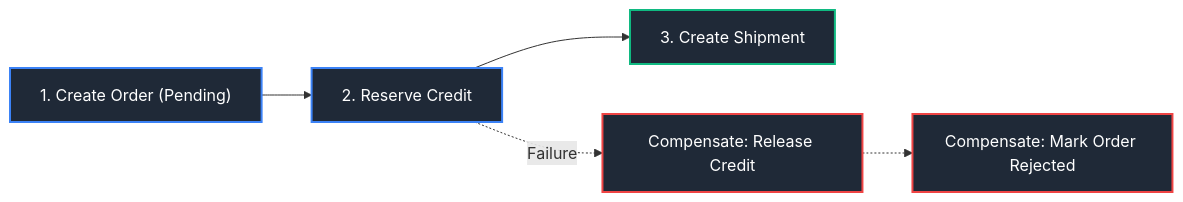
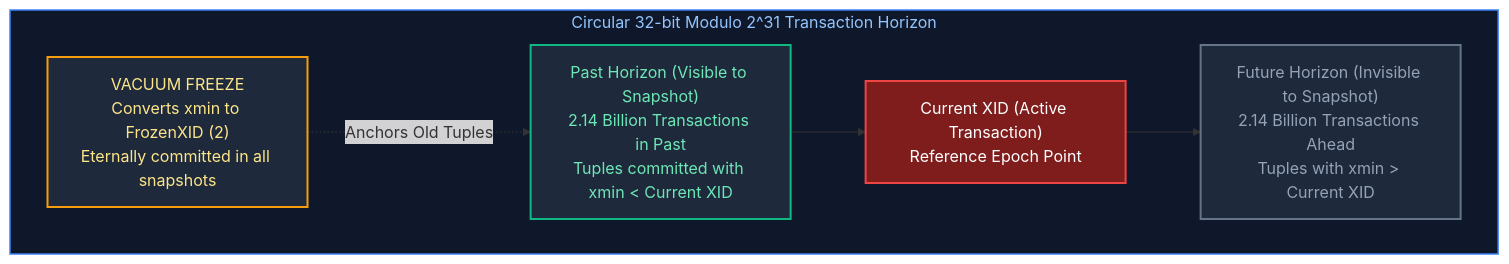
Before and after one commit to joydeep-biswas/Interview-Preparation: diagram 13 of 13 in Java Backend Engineering/09_relational_databases_and_sql.md, drawn with Mermaid. The commit also changed other lines of this file and 143 other files, not shown here.

````diff
--- a/Java Backend Engineering/09_relational_databases_and_sql.md
+++ b/Java Backend Engineering/09_relational_databases_and_sql.md
@@ -909,14 +1436,19 @@
-```mermaid
+  ```mermaid
 flowchart LR
-    CreateOrder["1. Create Order (Pending)"] --> ReserveCredit["2. Reserve Credit"]
-    ReserveCredit --> ShipOrder["3. Create Shipment"]
+    subgraph XIDSpace ["Circular 32-bit Modulo 2^31 Transaction Horizon"]
+        direction LR
+        Past["Past Horizon (Visible to Snapshot)<br/>2.14 Billion Transactions in Past<br/>Tuples committed with xmin < Current XID"]
+        Current["Current XID (Active Transaction)<br/>Reference Epoch Point"]
+        Future["Future Horizon (Invisible to Snapshot)<br/>2.14 Billion Transactions Ahead<br/>Tuples with xmin > Current XID"]
+        Frozen["VACUUM FREEZE<br/>Converts xmin to FrozenXID (2)<br/>Eternally committed in all snapshots"]
 
-    ReserveCredit -. Failure .-> CancelCredit["Compensate: Release Credit"]
-    CancelCredit -.-> RejectOrder["Compensate: Mark Order Rejected"]
+        Past --> Current --> Future
+        Frozen -.->|Anchors Old Tuples| Past
+    end
 
-    style CreateOrder fill:#1f2937,stroke:#3b82f6,stroke-width:2px,color:#fff
-    style ReserveCredit fill:#1f2937,stroke:#3b82f6,stroke-width:2px,color:#fff
-    style ShipOrder fill:#1f2937,stroke:#10b981,stroke-width:2px,color:#fff
-    style CancelCredit fill:#1f2937,stroke:#ef4444,stroke-width:2px,color:#fff
-    style RejectOrder fill:#1f2937,stroke:#ef4444,stroke-width:2px,color:#fff
+    style XIDSpace fill:#0f172a,stroke:#3b82f6,stroke-width:1.5px,color:#93c5fd
+    style Past fill:#1e293b,stroke:#10b981,stroke-width:2px,color:#6ee7b7
+    style Current fill:#7f1d1d,stroke:#ef4444,stroke-width:2px,color:#fff
+    style Future fill:#1e293b,stroke:#64748b,stroke-width:2px,color:#94a3b8
+    style Frozen fill:#1e293b,stroke:#f59e0b,stroke-width:2px,color:#fde68a
 ```
````
